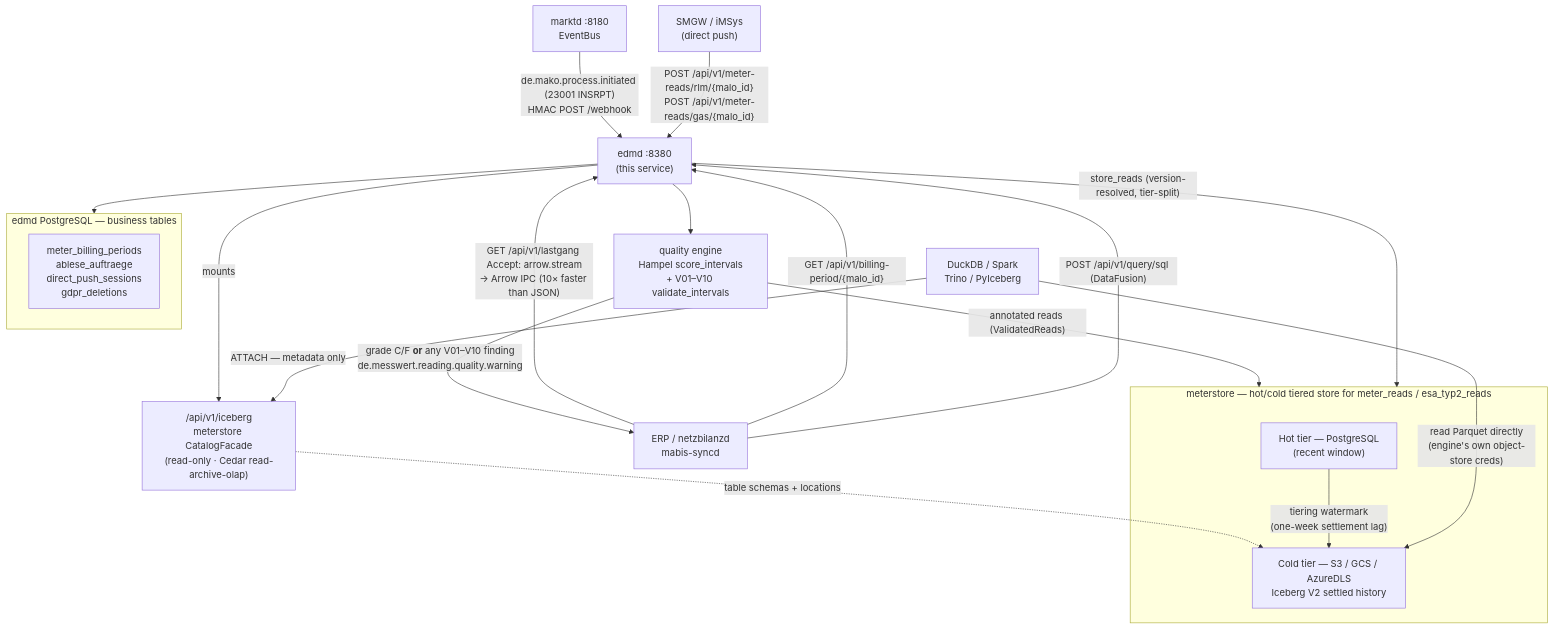
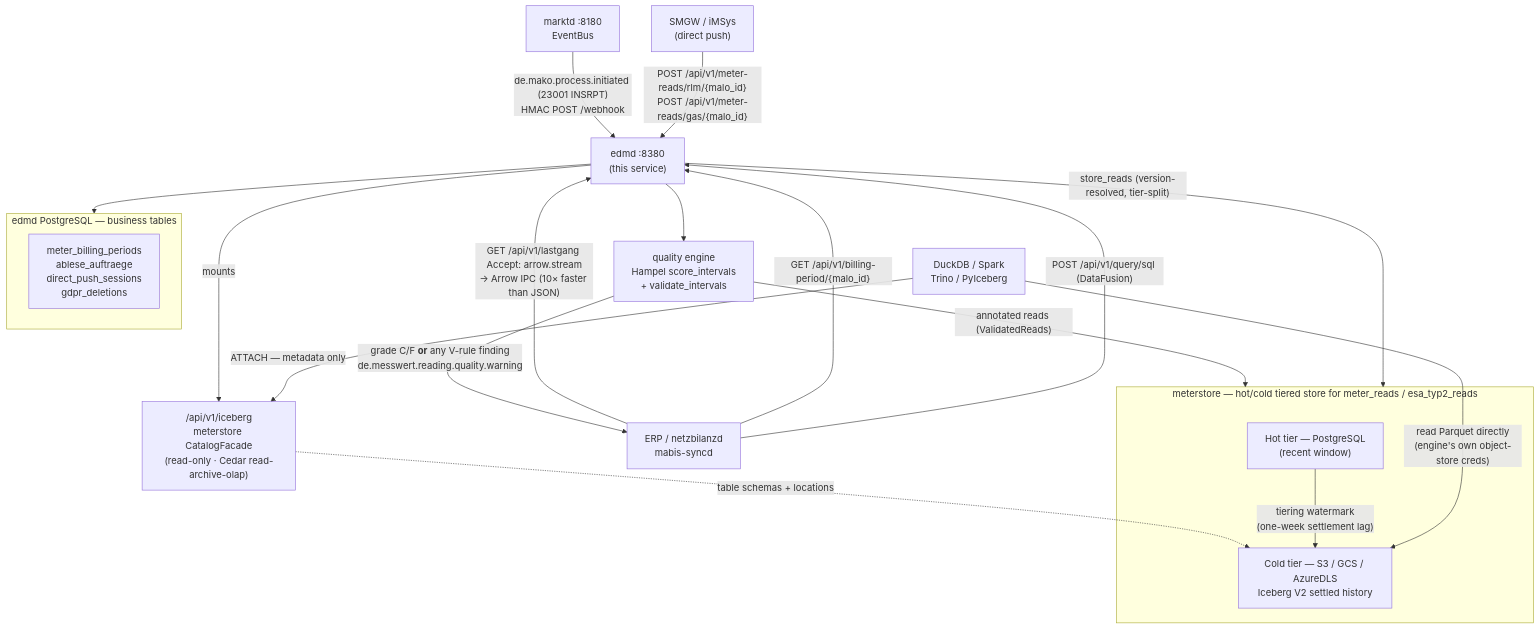
The first of 4 diagrams in site/content/docs/services/edmd.md (hupe1980/mako), drawn with Mermaid before and after one commit. The commit also changed other lines of this file and 43 other files, not shown here.

````diff
--- a/site/content/docs/services/edmd.md
+++ b/site/content/docs/services/edmd.md
@@ -83,36 +83,36 @@
 ```mermaid
 graph TB
     marktd["marktd :8180<br/>EventBus"]
     smgw["SMGW / iMSys<br/>(direct push)"]
     edmd["edmd :8380<br/>(this service)"]
 
     subgraph store["meterstore — hot/cold tiered store for meter_reads / esa_typ2_reads"]
         hot["Hot tier — PostgreSQL<br/>(recent window)"]
         cold["Cold tier — S3 / GCS / AzureDLS<br/>Iceberg V2 settled history"]
     end
 
     subgraph edmdpg["edmd PostgreSQL — business tables"]
         biz["meter_billing_periods<br/>ablese_auftraege<br/>direct_push_sessions<br/>gdpr_deletions"]
     end
 
     erp["ERP / netzbilanzd<br/>mabis-syncd"]
     duckdb["DuckDB / Spark<br/>Trino / PyIceberg"]
     catalog["/api/v1/iceberg<br/>meterstore CatalogFacade<br/>(read-only · Cedar read-archive-olap)"]
-    qa["quality engine<br/>Hampel score_intervals<br/>+ V01–V10 validate_intervals"]
+    qa["quality engine<br/>Hampel score_intervals<br/>+ validate_intervals"]
 
     marktd -->|"de.mako.process.initiated (23001 INSRPT)<br/>HMAC POST /webhook"| edmd
     smgw -->|"POST /api/v1/meter-reads/rlm/{malo_id}<br/>POST /api/v1/meter-reads/gas/{malo_id}"| edmd
     edmd --> qa
     qa -->|"annotated reads (ValidatedReads)"| store
-    qa -->|"grade C/F <b>or</b> any V01–V10 finding<br/>de.messwert.reading.quality.warning"| erp
+    qa -->|"grade C/F <b>or</b> any V-rule finding<br/>de.messwert.reading.quality.warning"| erp
     edmd -->|"store_reads (version-resolved, tier-split)"| store
     edmd --> edmdpg
     edmd -->|"mounts"| catalog
     catalog -.->|"table schemas + locations"| cold
     hot -->|"tiering watermark<br/>(one-week settlement lag)"| cold
     erp -->|"GET /api/v1/lastgang Accept: arrow.stream<br/>→ Arrow IPC (10× faster than JSON)"| edmd
     erp -->|"GET /api/v1/billing-period/{malo_id}"| edmd
     erp -->|"POST /api/v1/query/sql (DataFusion)"| edmd
     duckdb -->|"ATTACH — metadata only"| catalog
     duckdb -->|"read Parquet directly<br/>(engine's own object-store creds)"| cold
 ```
````
